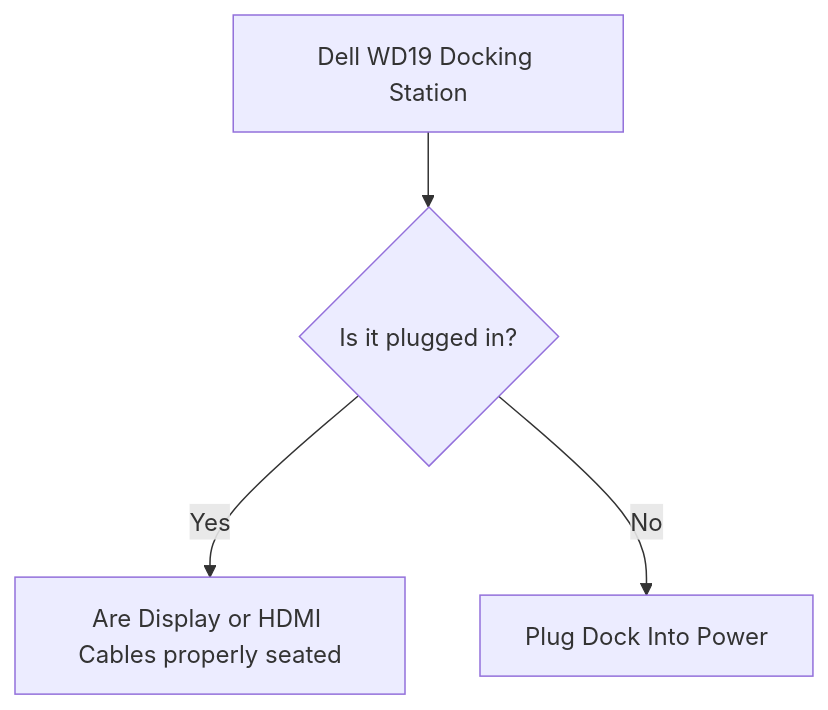
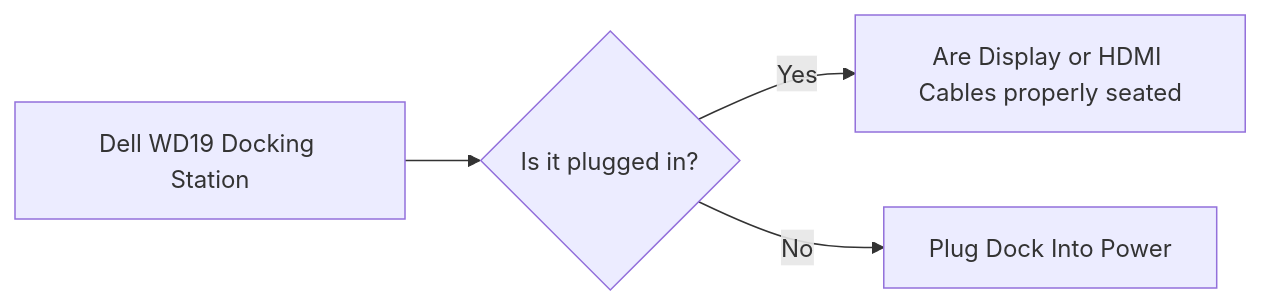
Before and after one commit to ODS-VDTSS/ObsidianGitTest: the diagram in 2026-03-02.md, drawn with Mermaid.

Commit message:
vault backup: 2026-03-02 23:27:55

````diff
--- a/2026-03-02.md
+++ b/2026-03-02.md
@@ -9,6 +9,6 @@
 ```mermaid  
-flowchart TD  
+flowchart LR  
 A[Dell WD19 Docking Station] --> B{Is it plugged in?}  
 B -->|Yes| C[Are Display or HDMI Cables properly seated]  
 B -->|No| D[Plug Dock Into Power]
 ```
````
